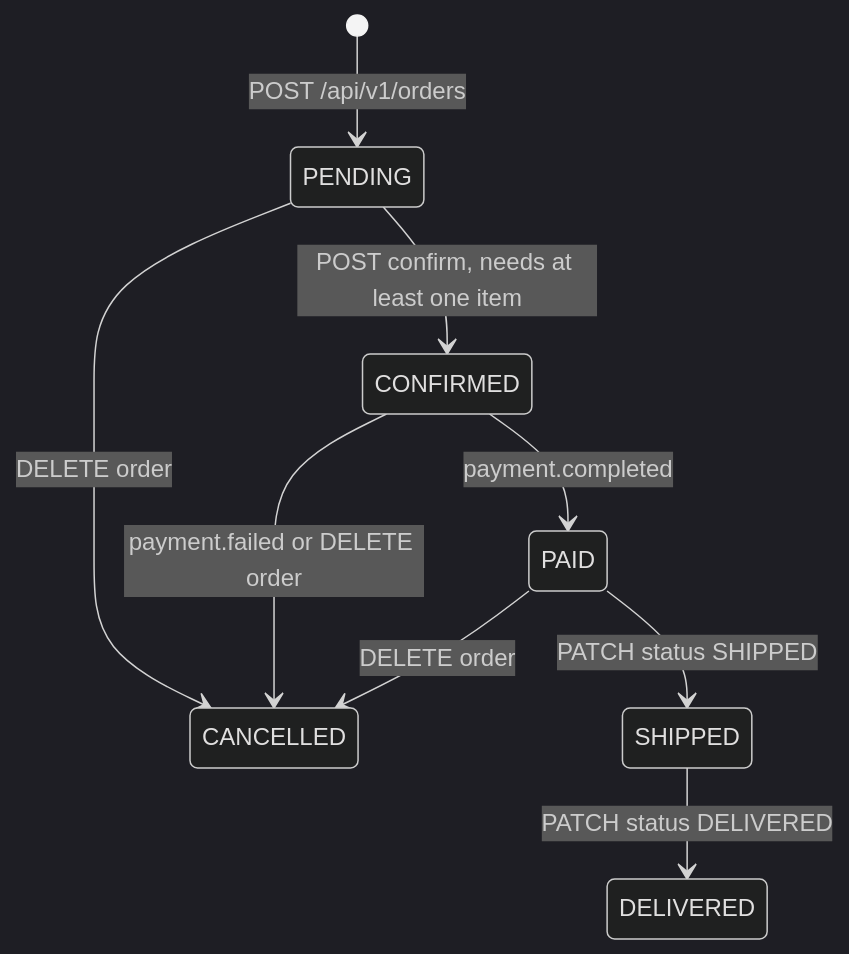
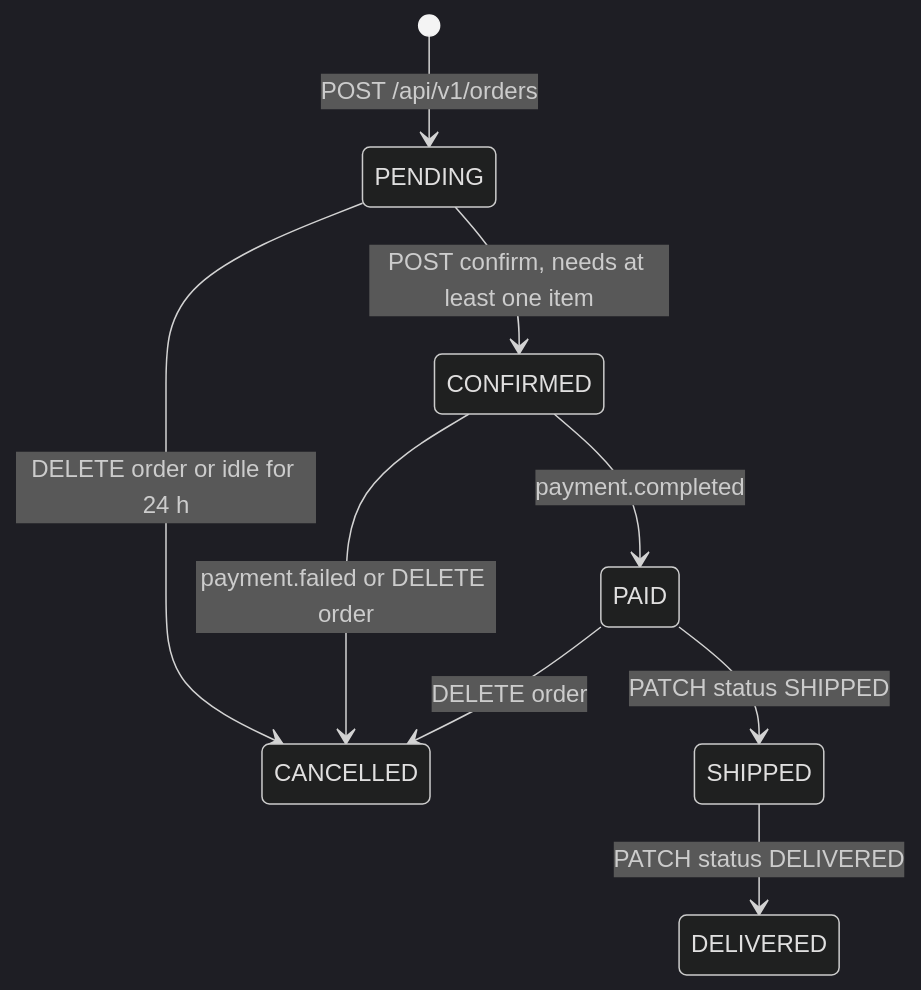
Before and after one commit to bmcnpnr/ecommerce-platform: the first of 3 diagrams in docs/services/order-service.md, drawn with Mermaid (dark theme). The commit also changed other lines of this file and 58 other files, not shown here.

````diff
--- a/docs/services/order-service.md
+++ b/docs/services/order-service.md
@@ -87,11 +92,11 @@
 ```mermaid
 stateDiagram-v2
     [*] --> PENDING : POST /api/v1/orders
     PENDING --> CONFIRMED : POST confirm, needs at least one item
-    PENDING --> CANCELLED : DELETE order
+    PENDING --> CANCELLED : DELETE order or idle for 24 h
     CONFIRMED --> PAID : payment.completed
     CONFIRMED --> CANCELLED : payment.failed or DELETE order
     PAID --> CANCELLED : DELETE order
     PAID --> SHIPPED : PATCH status SHIPPED
     SHIPPED --> DELIVERED : PATCH status DELIVERED
 ```
````
